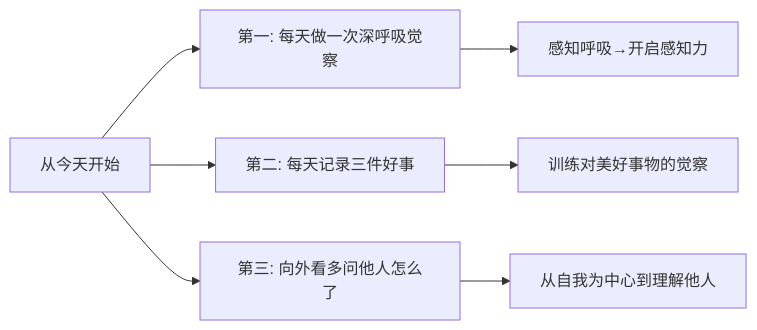
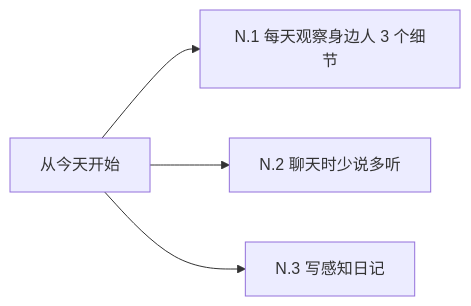
The seventh of 7 diagrams in 10.打工充平常记录/10.自我精进七课/07.底层思维的训练/7.3感知能力的提升.md (chongyang211/YCBookBlog), drawn with Mermaid before and after one commit. The commit also changed other lines of this file and 55 other files, not shown here.

````diff
--- a/10.打工充平常记录/10.自我精进七课/07.底层思维的训练/7.3感知能力的提升.md
+++ b/10.打工充平常记录/10.自我精进七课/07.底层思维的训练/7.3感知能力的提升.md
@@ -370,9 +270,6 @@
 ```mermaid
 graph LR
-    A[从今天开始] --> B[第一: 每天做一次深呼吸觉察]
-    A --> C[第二: 每天记录三件好事]
-    A --> D[第三: 向外看多问他人怎么了]
-    B --> B1[感知呼吸→开启感知力]
-    C --> C1[训练对美好事物的觉察]
-    D --> D1[从自我为中心到理解他人]
+    A[从今天开始] --> B[N.1 每天观察身边人 3 个细节]
+    A --> C[N.2 聊天时少说多听]
+    A --> D[N.3 写感知日记]
 ```
````
